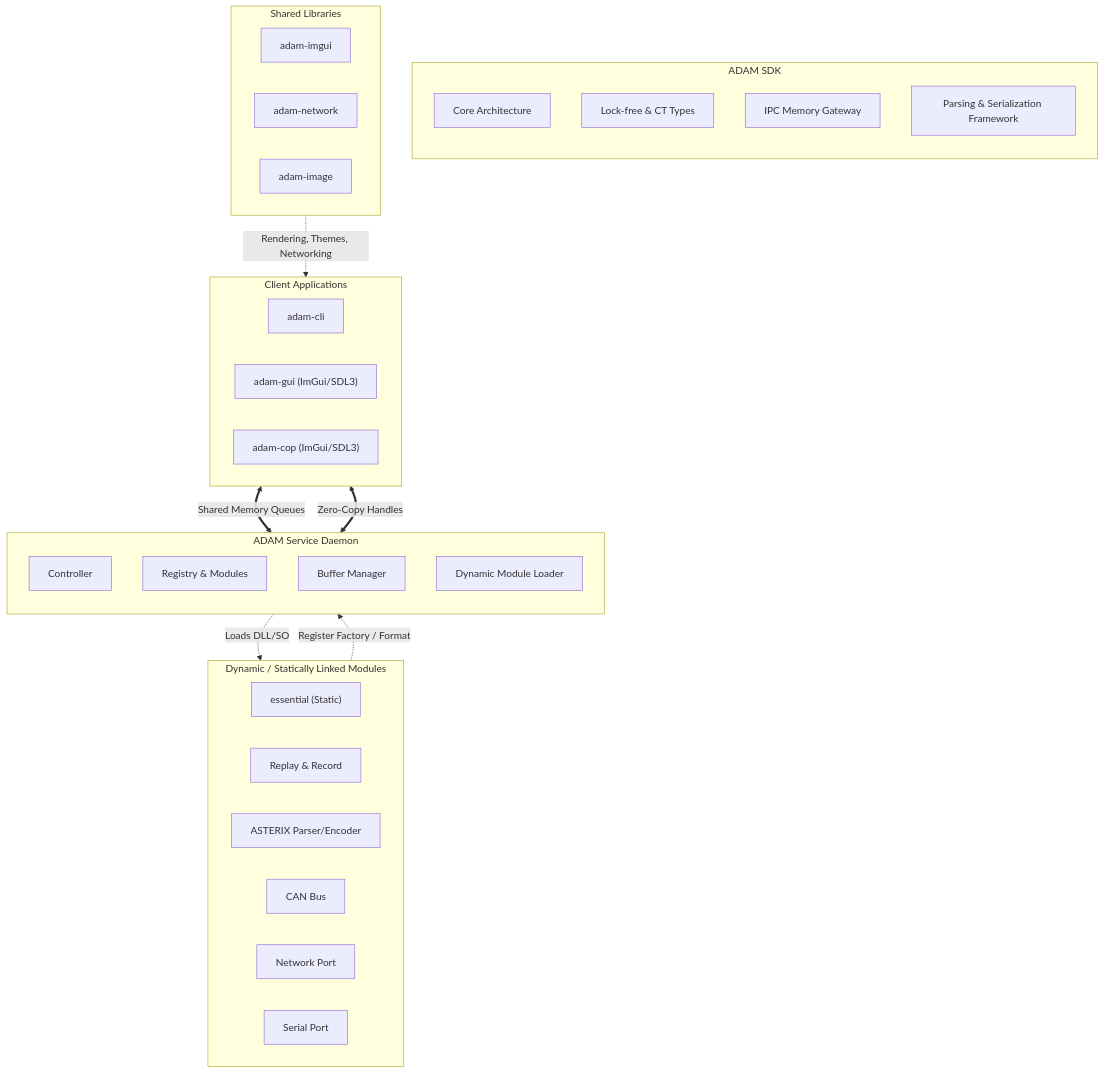
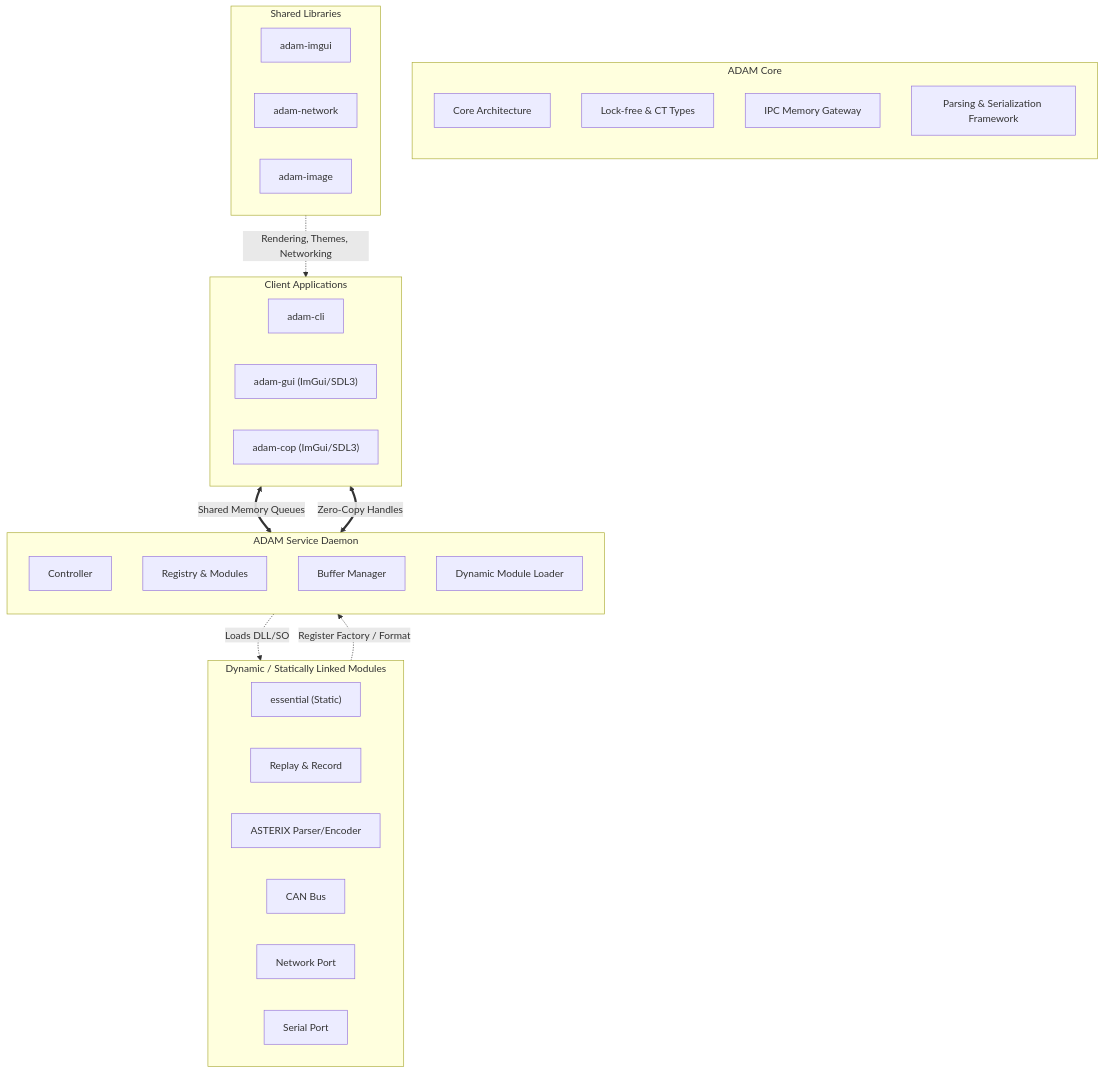
Before and after one commit to dexus1337/adam: the first of 4 diagrams in README.md, drawn with Mermaid. The commit also changed other lines of this file and 160 other files, not shown here.

Commit message:
sdk -> core

````diff
--- a/README.md
+++ b/README.md
@@ -17,49 +17,49 @@
 ```mermaid
 graph TD
-    subgraph SDK["ADAM SDK"]
+    subgraph CoreLib["ADAM Core"]
         direction TB
         Core[Core Architecture]
         Types[Lock-free & CT Types]
         Mem[IPC Memory Gateway]
         ParseFrame[Parsing & Serialization Framework]
     end
 
     subgraph Libraries["Shared Libraries"]
         direction LR
         imgui_tools["adam-imgui"]
         network_tools["adam-network"]
         image_tools["adam-image"]
     end
 
     subgraph CoreService["ADAM Service Daemon"]
         direction TB
         Ctrl[Controller]
         Reg[Registry & Modules]
         BufMgr[Buffer Manager]
         Loader[Dynamic Module Loader]
     end
 
     subgraph Plugins["Dynamic / Statically Linked Modules"]
         direction LR
         essential["essential (Static)"]
         recrep["Replay & Record"]
         asterix["ASTERIX Parser/Encoder"]
         can["CAN Bus"]
         network["Network Port"]
         serial["Serial Port"]
     end
 
     subgraph Clients["Client Applications"]
         direction LR
         cli[adam-cli]
         gui["adam-gui (ImGui/SDL3)"]
         cop["adam-cop (ImGui/SDL3)"]
     end
 
     %% Communications
     Clients <==>|Shared Memory Queues| Ctrl
     Loader -.->|Loads DLL/SO| Plugins
     Plugins -.->|Register Factory / Format| Reg
     BufMgr <==>|Zero-Copy Handles| Clients
     Libraries -.->|Rendering, Themes, Networking| Clients
 ```
````
